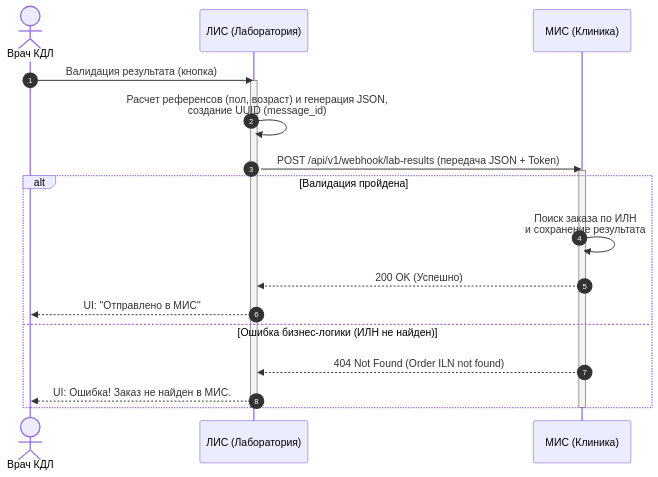
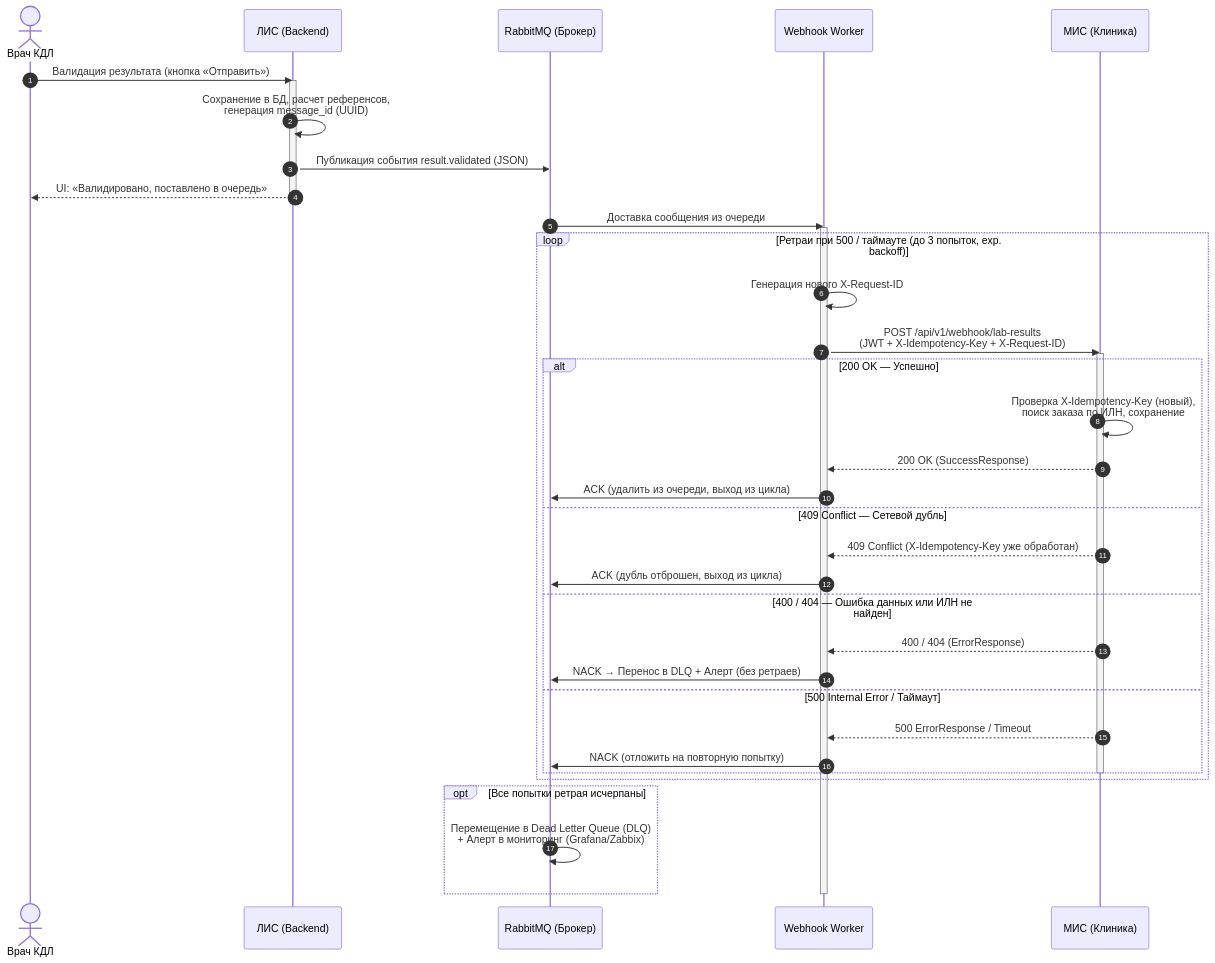
One commit to listvann/System-Analysis-Portfolio changed the diagram in project-lis/api-results.md. Above: the diagram before and after it, drawn with Mermaid. The commit also changed other lines of this file, not shown here.

````diff
--- a/project-lis/api-results.md
+++ b/project-lis/api-results.md
@@ -81,23 +84,45 @@
 ```mermaid
 sequenceDiagram
     autonumber
     actor Doctor as Врач КДЛ
-    participant LIS as ЛИС (Лаборатория)
+    participant LIS as ЛИС (Backend)
+    participant MQ as RabbitMQ (Брокер)
+    participant Worker as Webhook Worker
     participant MIS as МИС (Клиника)
 
-    Doctor->>LIS: Валидация результата (кнопка)
+    Doctor->>LIS: Валидация результата (кнопка «Отправить»)
     activate LIS
-    LIS->>LIS: Расчет референсов (пол, возраст) и генерация JSON,<br/>создание UUID (message_id)
-    LIS->>MIS: POST /api/v1/webhook/lab-results (передача JSON + Token)
-    activate MIS
-    alt Валидация пройдена
-        MIS->>MIS: Поиск заказа по ИЛН<br/>и сохранение результата
-        MIS-->>LIS: 200 OK (Успешно)
-        LIS-->>Doctor: UI: "Отправлено в МИС"
-    else Ошибка бизнес-логики (ИЛН не найден)
-        MIS-->>LIS: 404 Not Found (Order ILN not found)
-        LIS-->>Doctor: UI: Ошибка! Заказ не найден в МИС.
+    LIS->>LIS: Сохранение в БД, расчет референсов,<br/>генерация message_id (UUID)
+    LIS->>MQ: Публикация события result.validated (JSON)
+    LIS-->>Doctor: UI: «Валидировано, поставлено в очередь»
+    deactivate LIS
+
+    MQ->>Worker: Доставка сообщения из очереди
+    activate Worker
+
+    loop Ретраи при 500 / таймауте (до 3 попыток, exp. backoff)
+        Worker->>Worker: Генерация нового X-Request-ID
+        Worker->>MIS: POST /api/v1/webhook/lab-results<br/>(JWT + X-Idempotency-Key + X-Request-ID)
+        activate MIS
+        alt 200 OK — Успешно
+            MIS->>MIS: Проверка X-Idempotency-Key (новый),<br/>поиск заказа по ИЛН, сохранение
+            MIS-->>Worker: 200 OK (SuccessResponse)
+            Worker->>MQ: ACK (удалить из очереди, выход из цикла)
+        else 409 Conflict — Сетевой дубль
+            MIS-->>Worker: 409 Conflict (X-Idempotency-Key уже обработан)
+            Worker->>MQ: ACK (дубль отброшен, выход из цикла)
+        else 400 / 404 — Ошибка данных или ИЛН не найден
+            MIS-->>Worker: 400 / 404 (ErrorResponse)
+            Worker->>MQ: NACK → Перенос в DLQ + Алерт (без ретраев)
+        else 500 Internal Error / Таймаут
+            MIS-->>Worker: 500 ErrorResponse / Timeout
+            Worker->>MQ: NACK (отложить на повторную попытку)
+        end
+        deactivate MIS
     end
-    deactivate MIS
-    deactivate LIS
+
+    opt Все попытки ретрая исчерпаны
+        MQ->>MQ: Перемещение в Dead Letter Queue (DLQ)<br/>+ Алерт в мониторинг (Grafana/Zabbix)
+    end
+    deactivate Worker
 ```
````
